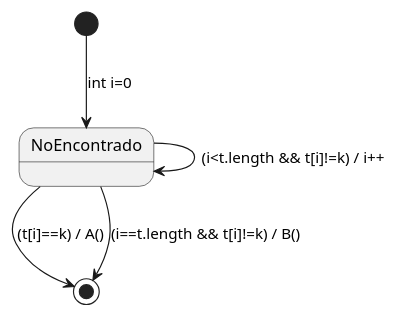
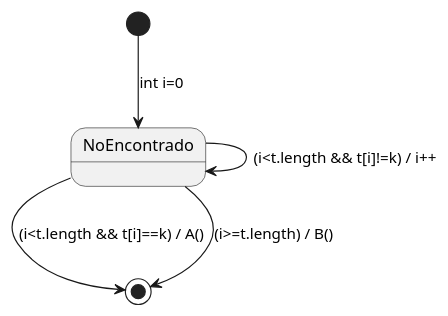
One commit to mmasias/IdSw1 changed the diagram in modelosUML/diagramaEstados.puml. Above: the diagram before and after it, drawn with PlantUML. The commit also changed 16 other files, not shown here.

Commit message:
feat: diagramas++

```diff
--- a/modelosUML/diagramaEstados.puml
+++ b/modelosUML/diagramaEstados.puml
@@ -1,7 +1,8 @@
-
+@startuml
 [*] --> NoEncontrado : int i=0
 
 NoEncontrado --> NoEncontrado : (i<t.length && t[i]!=k) / i++
 
-NoEncontrado --> [*] : (t[i]==k) / A()
-NoEncontrado --> [*] : (i==t.length && t[i]!=k) / B()
+NoEncontrado --> [*] : (i<t.length && t[i]==k) / A()
+NoEncontrado --> [*] : (i>=t.length) / B()
+@enduml
```
